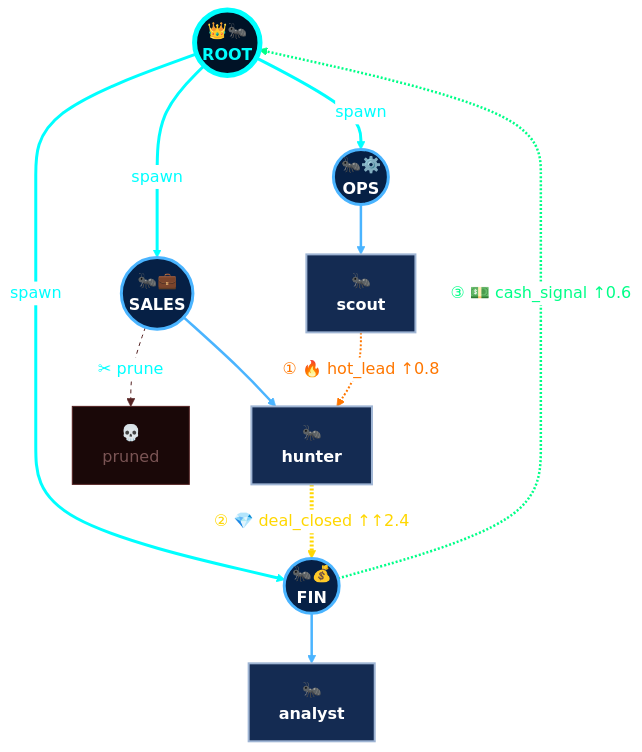
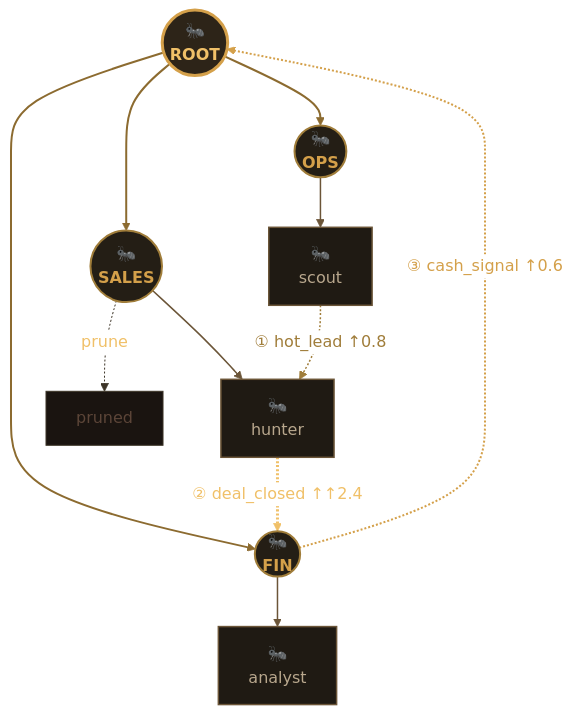
Before and after one commit to Ranzim/ormica: the first of 4 diagrams in README.md, drawn with Mermaid (neutral theme). The commit also changed other lines of this file, not shown here.

````diff
--- a/README.md
+++ b/README.md
@@ -26,43 +26,43 @@
 ```mermaid
 flowchart TB
-    R(("👑🐜<br/><b>ROOT</b>"))
-    OPS(("🐜⚙️<br/><b>OPS</b>"))
-    SAL(("🐜💼<br/><b>SALES</b>"))
-    FIN(("🐜💰<br/><b>FIN</b>"))
-    S["🐜<br/><b>scout</b>"]
-    H["🐜<br/><b>hunter</b>"]
-    A["🐜<br/><b>analyst</b>"]
-    D["💀<br/>pruned"]
+    R(("🐜<br/><b>ROOT</b>"))
+    OPS(("🐜<br/><b>OPS</b>"))
+    SAL(("🐜<br/><b>SALES</b>"))
+    FIN(("🐜<br/><b>FIN</b>"))
+    S["🐜<br/>scout"]
+    H["🐜<br/>hunter"]
+    A["🐜<br/>analyst"]
+    D["pruned"]
 
-    R ==>|spawn| OPS
-    R ==>|spawn| SAL
-    R ==>|spawn| FIN
-    OPS ==> S
-    SAL ==> H
-    FIN ==> A
-    SAL -. "✂ prune" .-> D
+    R --> OPS
+    R --> SAL
+    R --> FIN
+    OPS --> S
+    SAL --> H
+    FIN --> A
+    SAL -. "prune" .-> D
 
-    S -. "① 🔥 hot_lead ↑0.8" .-> H
-    H -. "② 💎 deal_closed ↑↑2.4" .-> FIN
-    FIN -. "③ 💵 cash_signal ↑0.6" .-> R
+    S -. "① hot_lead ↑0.8" .-> H
+    H -. "② deal_closed ↑↑2.4" .-> FIN
+    FIN -. "③ cash_signal ↑0.6" .-> R
 
-    classDef root fill:#001226,stroke:#00ffff,stroke-width:5px,color:#00ffff
-    classDef caste fill:#062045,stroke:#4ab4ff,stroke-width:3px,color:#ffffff
-    classDef worker fill:#142b52,stroke:#9fb5d4,stroke-width:2px,color:#ffffff
-    classDef dead fill:#1a0808,stroke:#552222,stroke-width:1px,color:#7a5454
+    classDef root   fill:#2d2418,stroke:#d4a04a,stroke-width:3px,color:#f0c068
+    classDef caste  fill:#241e15,stroke:#a07d3a,stroke-width:2px,color:#d4a04a
+    classDef worker fill:#1f1a13,stroke:#6b5538,stroke-width:1.5px,color:#b8a78d
+    classDef dead   fill:#1a1410,stroke:#3d3528,stroke-width:1px,color:#5c4538
 
     class R root
     class OPS,SAL,FIN caste
     class S,H,A worker
     class D dead
 
-    %% Bright spawn arrows (cyan)
-    linkStyle 0,1,2 stroke:#00ffff,stroke-width:3px
-    linkStyle 3,4,5 stroke:#4ab4ff,stroke-width:2.5px
-    linkStyle 6 stroke:#552222,stroke-width:1px,stroke-dasharray:4
+    %% Spawn arrows — muted earth tones
+    linkStyle 0,1,2 stroke:#8c6b30,stroke-width:2px
+    linkStyle 3,4,5 stroke:#6b5538,stroke-width:1.5px
+    linkStyle 6 stroke:#3d3528,stroke-width:1px
 
-    %% Pheromone trails — color = intensity, thickness = reinforcement
-    linkStyle 7 stroke:#ff7700,stroke-width:2px,color:#ff7700
-    linkStyle 8 stroke:#ffd700,stroke-width:4px,color:#ffd700
-    linkStyle 9 stroke:#00ff88,stroke-width:2.5px,color:#00ff88
+    %% Pheromone trails — single amber accent, intensity = brightness/thickness
+    linkStyle 7 stroke:#a07d3a,stroke-width:1.5px,color:#a07d3a
+    linkStyle 8 stroke:#f0c068,stroke-width:3px,color:#f0c068
+    linkStyle 9 stroke:#d4a04a,stroke-width:2px,color:#d4a04a
 ```
````
